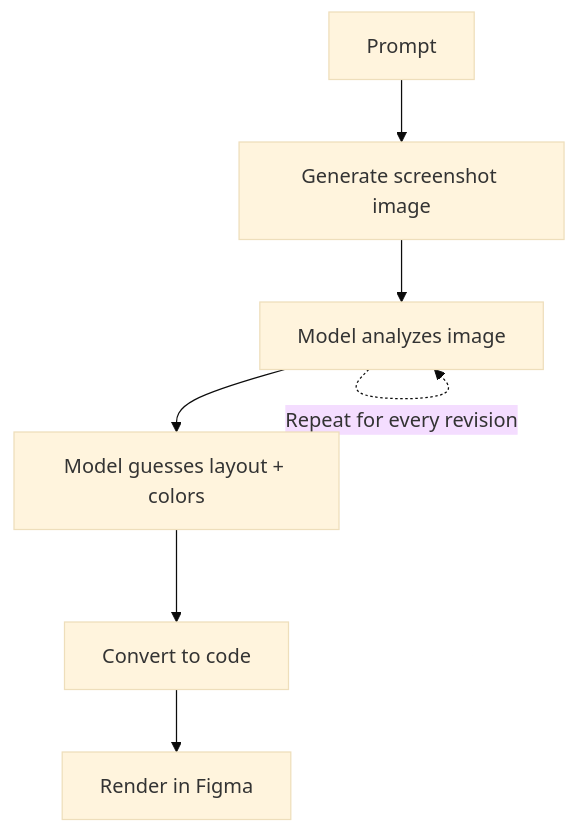
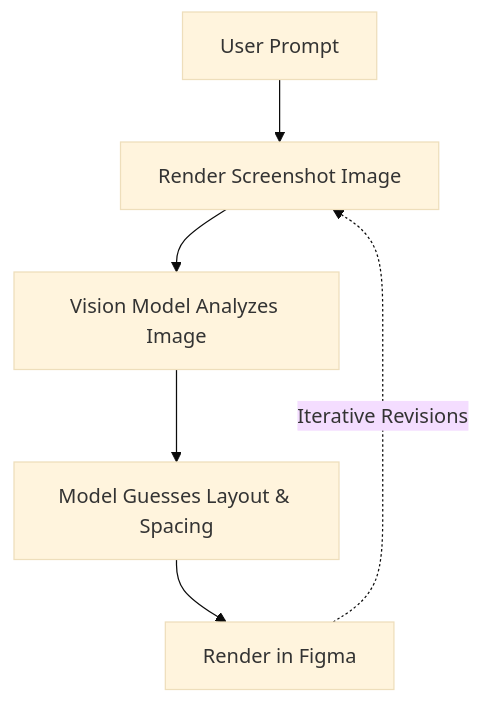
The first of 5 diagrams in README.md (Anshul2021/Figma-Mcp), drawn with Mermaid (base theme) before and after one commit. The commit also changed other lines of this file, not shown here.

````diff
--- a/README.md
+++ b/README.md
@@ -34,9 +31,8 @@
 ```mermaid
 flowchart TD
-    A[Prompt] --> B[Generate screenshot image]
-    B --> C[Model analyzes image]
-    C --> D[Model guesses layout + colors]
-    D --> E[Convert to code]
-    E --> F[Render in Figma]
-    C -.->|Repeat for every revision| C
+    Prompt[User Prompt] --> RenderImage[Render Screenshot Image]
+    RenderImage --> VisionModel[Vision Model Analyzes Image]
+    VisionModel --> GuessCode[Model Guesses Layout & Spacing]
+    GuessCode --> FigmaCanvas[Render in Figma]
+    FigmaCanvas -.->|Iterative Revisions| RenderImage
 ```
````
